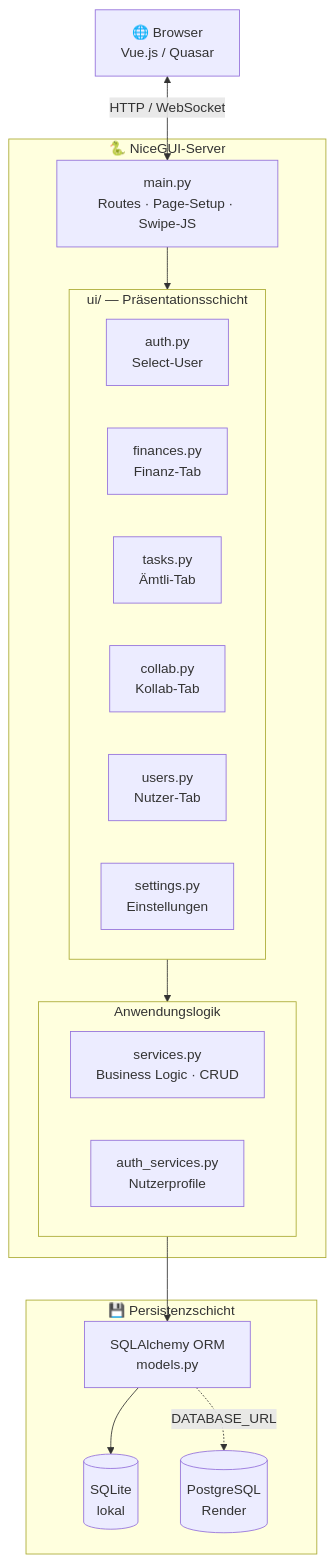
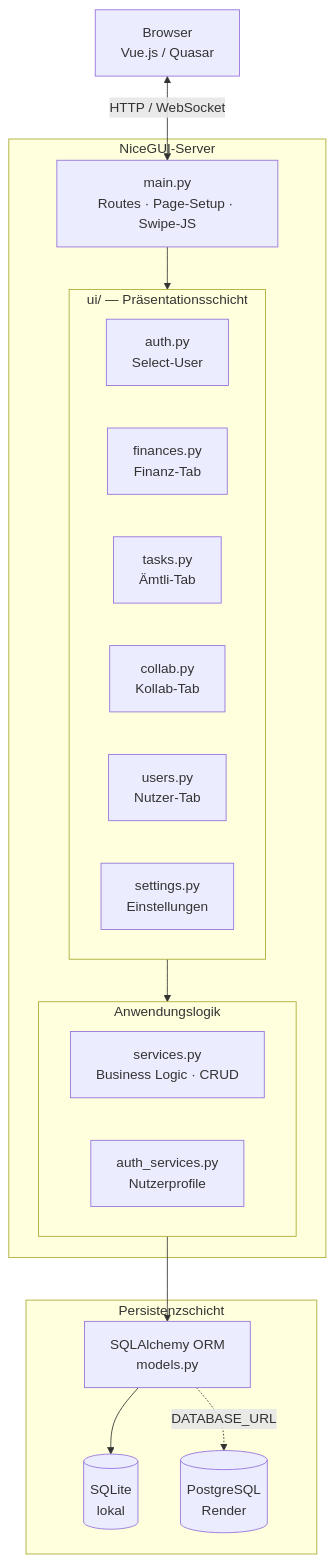
Before and after one commit to kerlcarl/WG_Planner_Project: the first of 5 diagrams in README.md, drawn with Mermaid. The commit also changed other lines of this file, not shown here.

````diff
--- a/README.md
+++ b/README.md
@@ -81,33 +81,33 @@
 ```mermaid
 graph TD
-    Browser["🌐 Browser\nVue.js / Quasar"]
+    Browser["Browser\nVue.js / Quasar"]
 
-    subgraph Server ["🐍 NiceGUI-Server"]
+    subgraph Server ["NiceGUI-Server"]
         main["main.py\nRoutes · Page-Setup · Swipe-JS"]
-        subgraph UI ["ui/  —  Präsentationsschicht"]
+        subgraph UI ["ui/ — Präsentationsschicht"]
             auth["auth.py\nSelect-User"]
             finances["finances.py\nFinanz-Tab"]
             tasks["tasks.py\nÄmtli-Tab"]
             collab["collab.py\nKollab-Tab"]
             users["users.py\nNutzer-Tab"]
             settings["settings.py\nEinstellungen"]
         end
         subgraph Logic ["Anwendungslogik"]
             svc["services.py\nBusiness Logic · CRUD"]
             asvc["auth_services.py\nNutzerprofile"]
         end
     end
 
-    subgraph DB ["💾 Persistenzschicht"]
+    subgraph DB ["Persistenzschicht"]
         orm["SQLAlchemy ORM\nmodels.py"]
         sqlite[("SQLite\nlokal")]
         postgres[("PostgreSQL\nRender")]
     end
 
     Browser <-->|"HTTP / WebSocket"| main
     main --> UI
     UI --> Logic
     Logic --> orm
     orm --> sqlite
     orm -.->|"DATABASE_URL"| postgres
 ```
````
